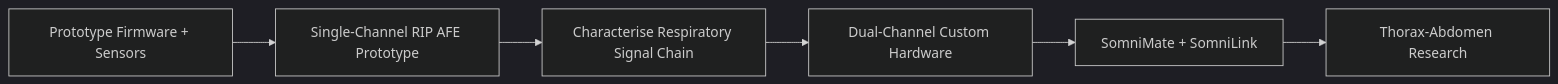
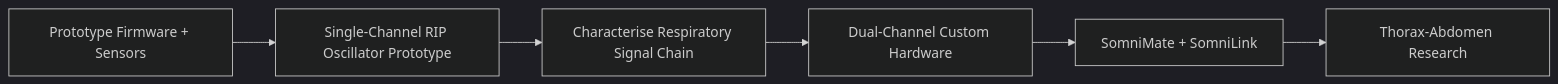
Before and after one commit to CDonohoe-Designs/SomniMate: the first of 5 diagrams in README.md, drawn with Mermaid (dark theme). The commit also changed other lines of this file, not shown here.

Commit message:
Document first-pass RIP oscillator design

````diff
--- a/README.md
+++ b/README.md
@@ -42,8 +42,8 @@
 ```mermaid
 flowchart LR
-    A["Prototype Firmware + Sensors"] --> B["Single-Channel RIP AFE Prototype"]
+    A["Prototype Firmware + Sensors"] --> B["Single-Channel RIP Oscillator Prototype"]
     B --> C["Characterise Respiratory Signal Chain"]
     C --> D["Dual-Channel Custom Hardware"]
     D --> E["SomniMate + SomniLink"]
     E --> F["Thorax-Abdomen Research"]
 ```
````
